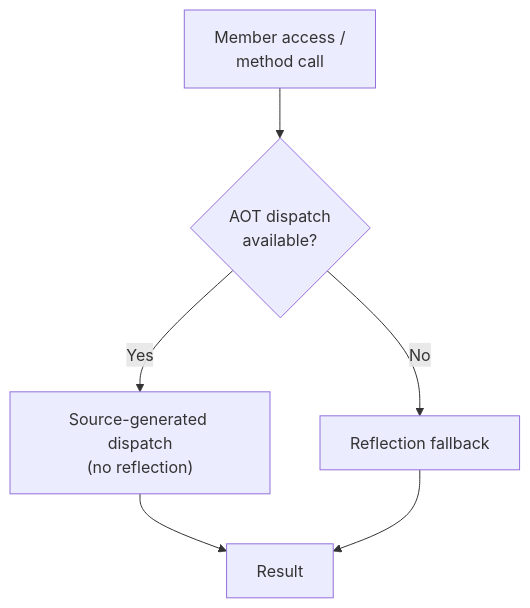
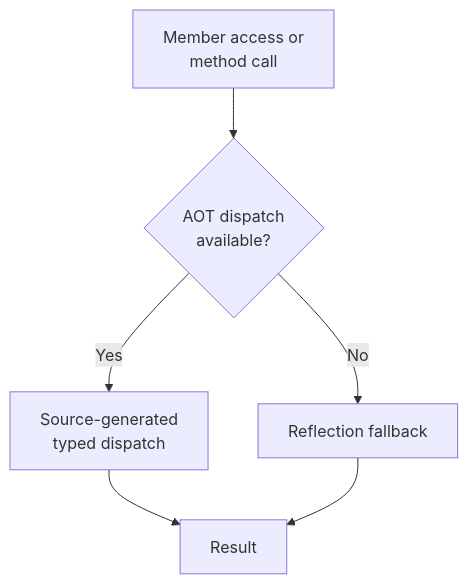
One commit to MartiSilvio/Alder changed the diagram in docs/aot/index.md. Above: the diagram before and after it, drawn with Mermaid. The commit also changed other lines of this file and 117 other files, not shown here.

````diff
--- a/docs/aot/index.md
+++ b/docs/aot/index.md
@@ -12,8 +12,8 @@
 ```mermaid
 graph TD
-    A["Member access /<br/>method call"] --> B{"AOT dispatch<br/>available?"}
-    B -->|"Yes"| C["Source-generated dispatch<br/>(no reflection)"]
+    A["Member access or<br/>method call"] --> B{"AOT dispatch<br/>available?"}
+    B -->|"Yes"| C["Source-generated<br/>typed dispatch"]
     B -->|"No"| D["Reflection fallback"]
     C --> E["Result"]
     D --> E
 ```
````
